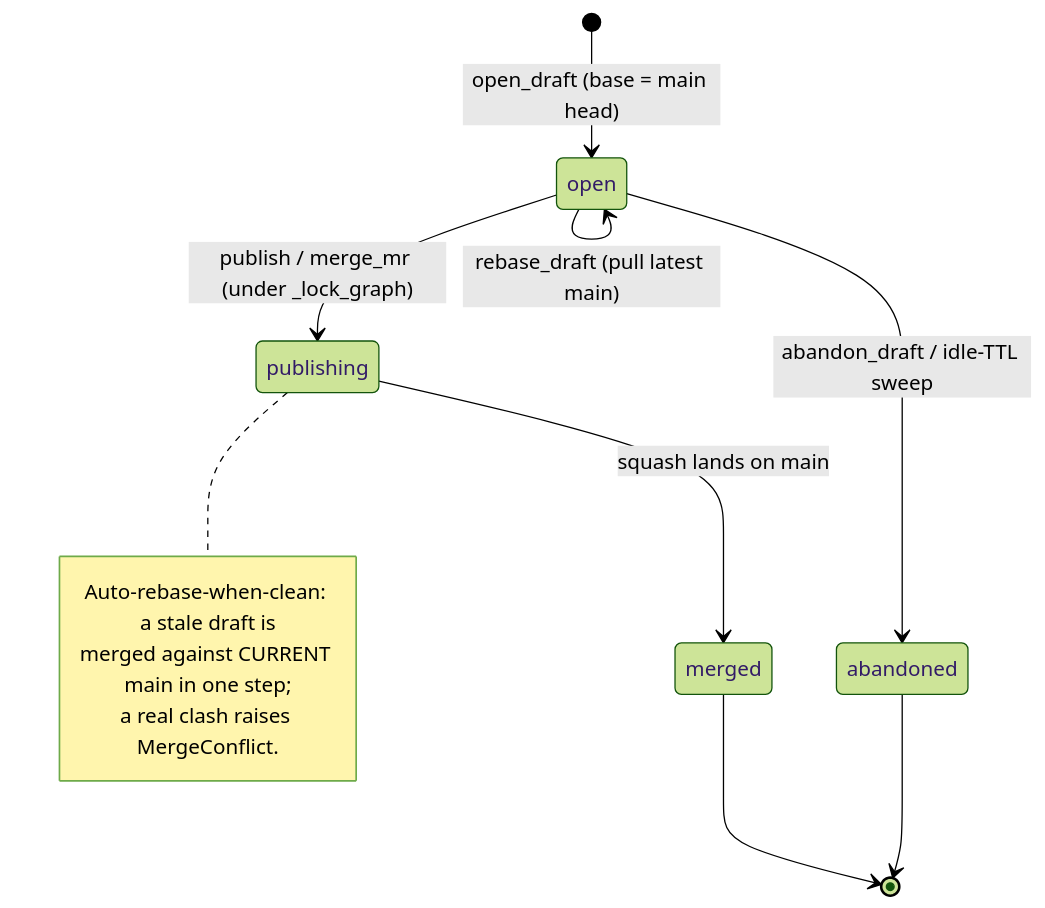
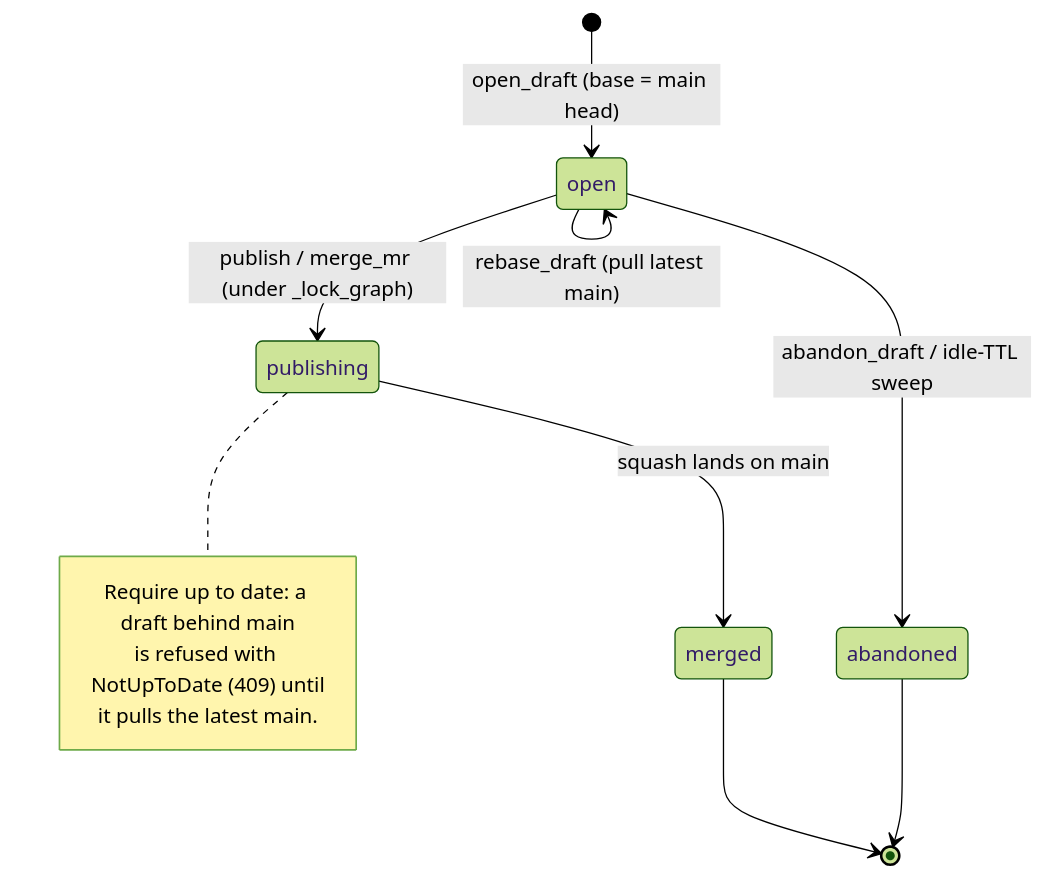
Before and after one commit to rkrumins/dataviz: the second of 6 diagrams in docs/versioning/03-branching-commits-merge.md, drawn with Mermaid (forest theme). The commit also changed other lines of this file and 8 other files, not shown here.

````diff
--- a/docs/versioning/03-branching-commits-merge.md
+++ b/docs/versioning/03-branching-commits-merge.md
@@ -94,16 +95,16 @@
 ```mermaid
 stateDiagram-v2
     [*] --> open : open_draft (base = main head)
     open --> open : stage_changes → checkpoint (draft commits)
     open --> open : rebase_draft (pull latest main)
     open --> publishing : publish / merge_mr (under _lock_graph)
     publishing --> merged : squash lands on main
     open --> abandoned : abandon_draft / idle-TTL sweep
     merged --> [*]
     abandoned --> [*]
     note right of publishing
-        Auto-rebase-when-clean: a stale draft is
-        merged against CURRENT main in one step;
-        a real clash raises MergeConflict.
+        Require up to date: a draft behind main
+        is refused with NotUpToDate (409) until
+        it pulls the latest main.
     end note
 ```
````
